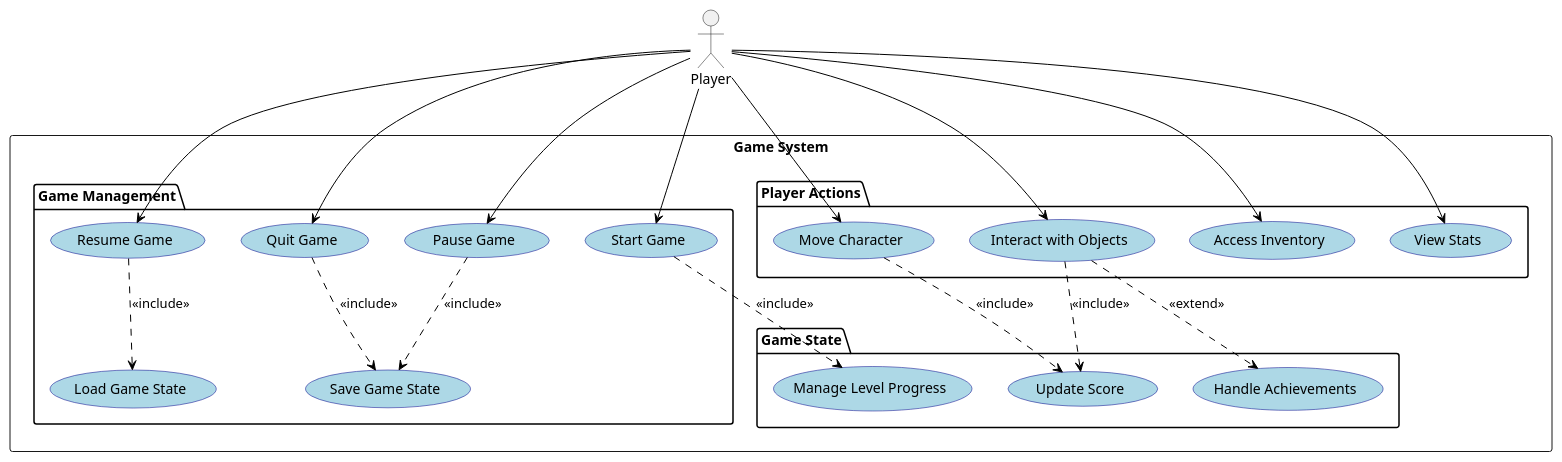
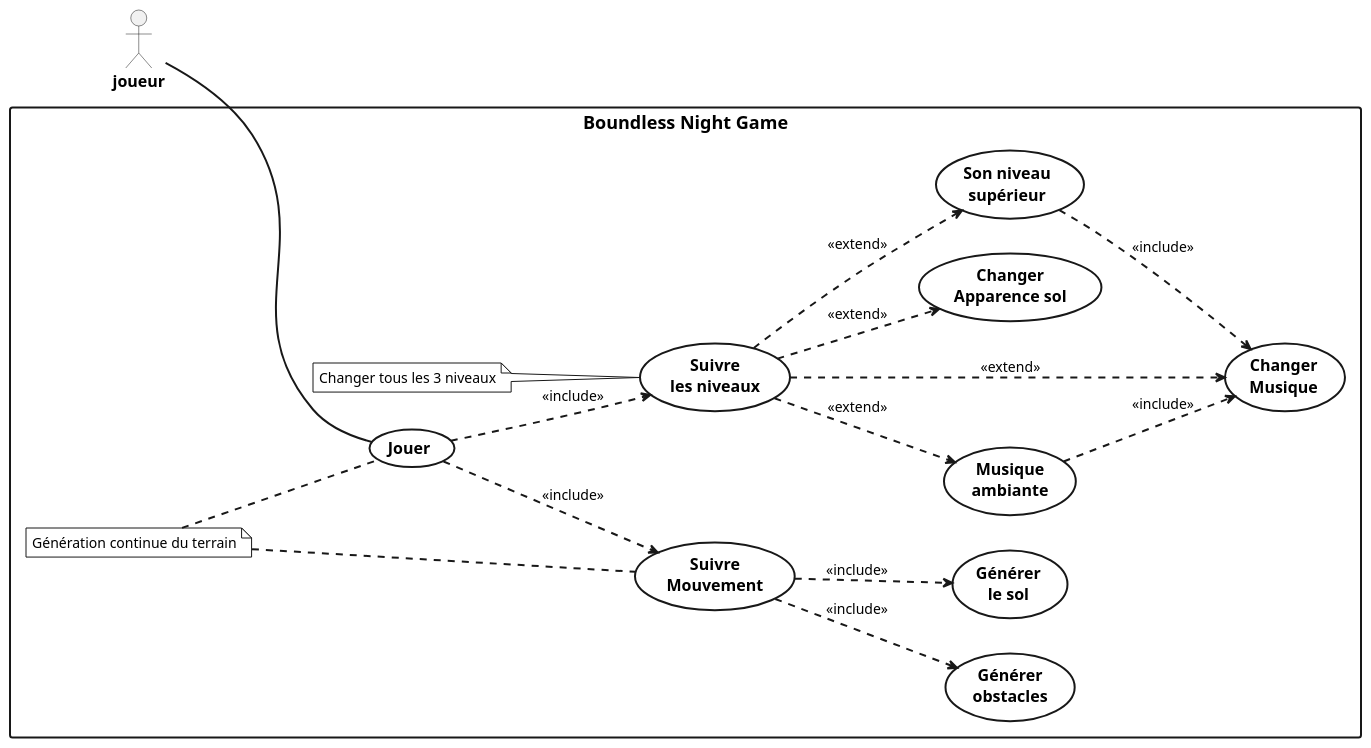
Before and after one commit to Rawenbaccar/Dmnovagame: the diagram in game_usecase.puml, drawn with PlantUML. The commit also changed 127 other files, not shown here.

```diff
--- a/game_usecase.puml
+++ b/game_usecase.puml
@@ -1,58 +1,74 @@
-@startuml Game Management System
+@startuml
+left to right direction
+skinparam packageStyle rectangle
+
+skinparam monochrome true
+skinparam shadowing false
+skinparam defaultFontName Arial
+skinparam defaultFontSize 14
 
 skinparam usecase {
-  BackgroundColor LightBlue
-  BorderColor DarkBlue
-  ArrowColor Black
+  FontSize 16
+  FontStyle bold
+  BackgroundColor white
+  BorderThickness 2
 }
 
-actor "Player" as player
-
-rectangle "Game System" {
-    package "Game Management" {
-        usecase "Start Game" as startGame
-        usecase "Pause Game" as pauseGame
-        usecase "Resume Game" as resumeGame
-        usecase "Save Game State" as saveGame
-        usecase "Load Game State" as loadGame
-        usecase "Quit Game" as quitGame
-    }
-
-    package "Player Actions" {
-        usecase "Move Character" as moveChar
-        usecase "Interact with Objects" as interact
-        usecase "Access Inventory" as inventory
-        usecase "View Stats" as stats
-    }
-
-    package "Game State" {
-        usecase "Update Score" as updateScore
-        usecase "Manage Level Progress" as levelProgress
-        usecase "Handle Achievements" as achievements
-    }
+skinparam note {
+  FontSize 14
+  BackgroundColor white
+  BorderThickness 1
 }
 
-' Player connections to direct actions
-player --> moveChar
-player --> interact
-player --> inventory
-player --> stats
+skinparam actor {
+  FontSize 16
+  FontStyle bold
+}
 
-' Player connections to game management
-player --> startGame
-player --> pauseGame
-player --> resumeGame
-player --> quitGame
+skinparam rectangle {
+  FontSize 18
+  FontStyle bold
+  BorderThickness 2
+}
 
-' Game state relationships
-moveChar ..> updateScore : <<include>>
-interact ..> updateScore : <<include>>
-startGame ..> levelProgress : <<include>>
-interact ..> achievements : <<extend>>
+skinparam arrow {
+  Thickness 2
+}
 
-' Game management relationships
-pauseGame ..> saveGame : <<include>>
-resumeGame ..> loadGame : <<include>>
-quitGame ..> saveGame : <<include>>
+actor joueur
+
+rectangle "Boundless Night Game" {
+    usecase "Jouer" as UC1
+    usecase "Suivre\nles niveaux" as UC2
+    usecase "Suivre\nMouvement" as UC3
+    usecase "Changer\nApparence sol" as UC4
+    usecase "Son niveau\nsupérieur" as UC5
+    usecase "Musique\nambiante" as UC6
+    usecase "Changer\nMusique" as UC7
+    usecase "Générer\nobstacles" as UC8
+    usecase "Générer\nle sol" as UC9
+    
+    note "Changer tous les 3 niveaux" as N1
+    note "Génération continue du terrain" as N2
+    
+    joueur -- UC1
+    UC1 ..> UC2 : <<include>>
+    UC1 ..> UC3 : <<include>>
+    
+    UC2 ..> UC4 : <<extend>>
+    UC2 ..> UC5 : <<extend>>
+    UC2 ..> UC6 : <<extend>>
+    UC2 ..> UC7 : <<extend>>
+    
+    UC5 ..> UC7 : <<include>>
+    UC6 ..> UC7 : <<include>>
+    
+    UC3 ..> UC8 : <<include>>
+    UC3 ..> UC9 : <<include>>
+    
+    N1 .. UC2
+    N2 .. UC1
+    N2 .. UC3
+}
 
 @enduml 
```
